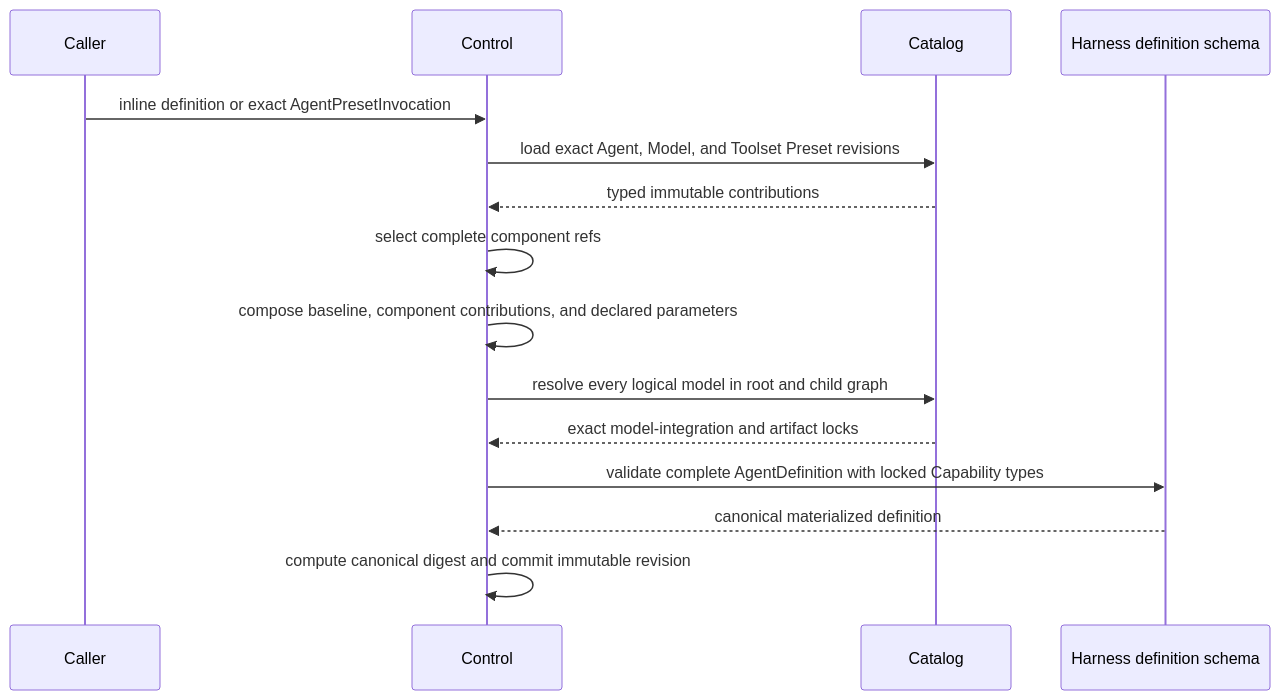
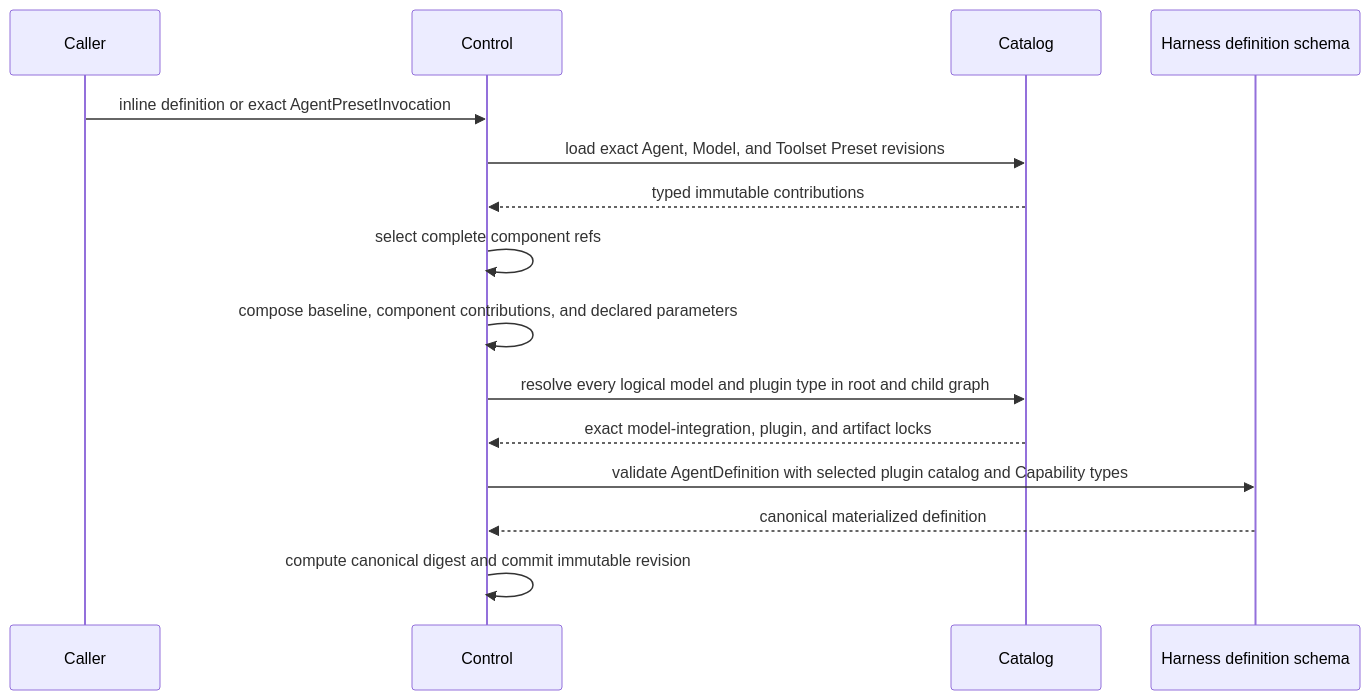
Before and after one commit to LTThreeComma/agent-foundation: the third of 3 diagrams in spec/foundation-service/01-agent-definitions-and-presets.md, drawn with Mermaid. The commit also changed other lines of this file and 21 other files, not shown here.

First line of the commit message:
feat(harness): define first-class plugin lifecycle

````diff
--- a/spec/foundation-service/01-agent-definitions-and-presets.md
+++ b/spec/foundation-service/01-agent-definitions-and-presets.md
@@ -150,18 +150,18 @@
 ```mermaid
 sequenceDiagram
     participant Caller
     participant Control
     participant Catalog
     participant HarnessSchema as Harness definition schema
 
     Caller->>Control: inline definition or exact AgentPresetInvocation
     Control->>Catalog: load exact Agent, Model, and Toolset Preset revisions
     Catalog-->>Control: typed immutable contributions
     Control->>Control: select complete component refs
     Control->>Control: compose baseline, component contributions, and declared parameters
-    Control->>Catalog: resolve every logical model in root and child graph
-    Catalog-->>Control: exact model-integration and artifact locks
-    Control->>HarnessSchema: validate complete AgentDefinition with locked Capability types
+    Control->>Catalog: resolve every logical model and plugin type in root and child graph
+    Catalog-->>Control: exact model-integration, plugin, and artifact locks
+    Control->>HarnessSchema: validate AgentDefinition with selected plugin catalog and Capability types
     HarnessSchema-->>Control: canonical materialized definition
     Control->>Control: compute canonical digest and commit immutable revision
 ```
````
